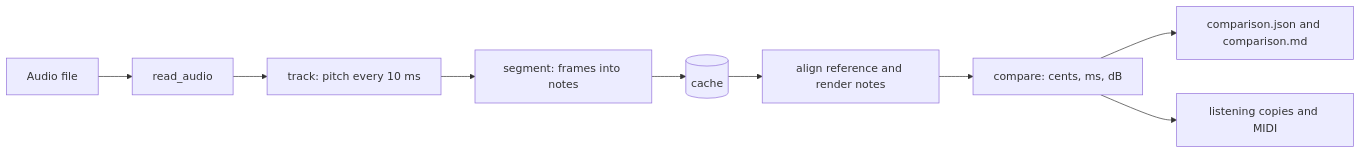
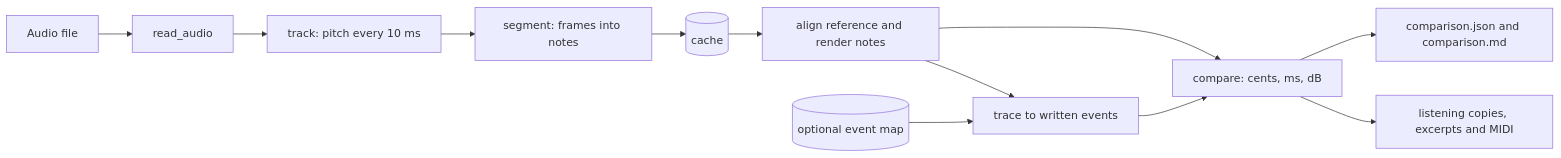
Before and after one commit to AndyW98/music-ai: the diagram in docs/how-it-works.md, drawn with Mermaid. The commit also changed other lines of this file and 13 other files, not shown here.

````diff
--- a/docs/how-it-works.md
+++ b/docs/how-it-works.md
@@ -6,11 +6,14 @@
 ```mermaid
 flowchart LR
   A[Audio file] --> B[read_audio]
   B --> C[track: pitch every 10 ms]
   C --> D[segment: frames into notes]
   D --> E[(cache)]
   E --> F[align reference and render notes]
   F --> G[compare: cents, ms, dB]
   G --> H[comparison.json and comparison.md]
-  G --> I[listening copies and MIDI]
+  G --> I[listening copies, excerpts and MIDI]
+  M[(optional event map)] --> J[trace to written events]
+  F --> J
+  J --> G
 ```
````
